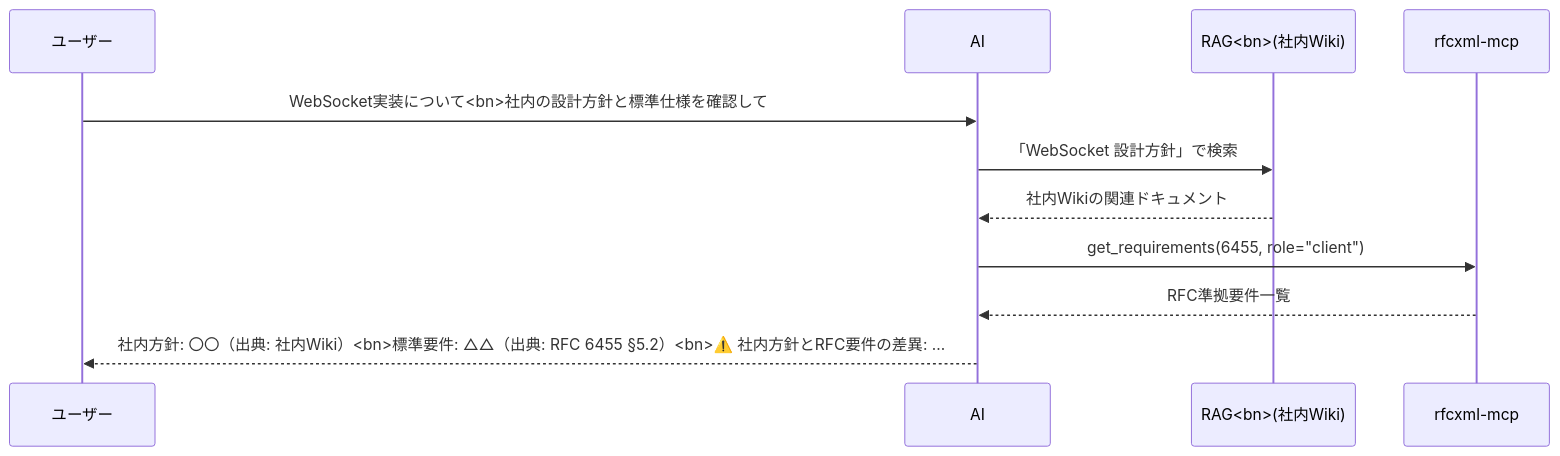
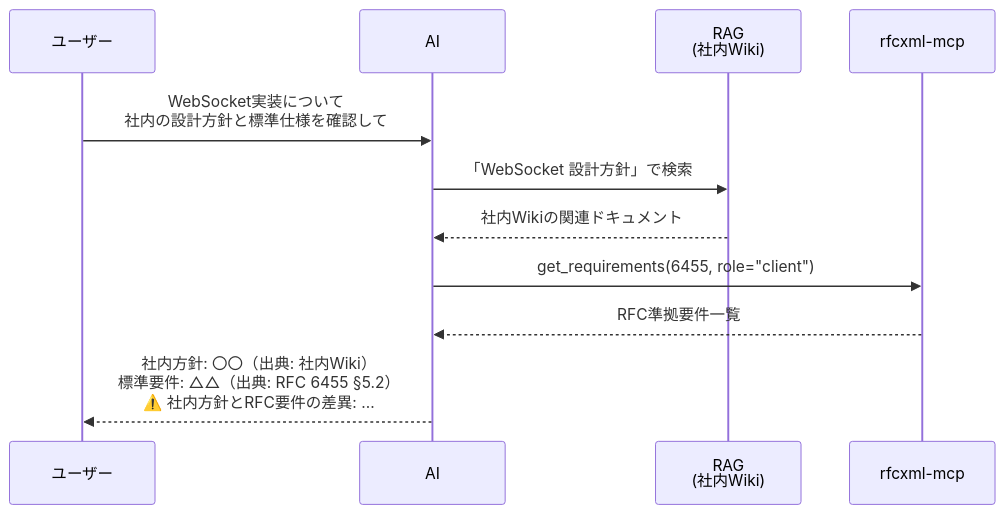
Before and after one commit to shuji-bonji/ai-agent-architecture: diagram 12 of 13 in docs/ja/concepts/04-ai-design-patterns.md, drawn with Mermaid. The commit also changed other lines of this file and 8 other files, not shown here.

````diff
--- a/docs/ja/concepts/04-ai-design-patterns.md
+++ b/docs/ja/concepts/04-ai-design-patterns.md
@@ -671,17 +755,17 @@
 ```mermaid
 sequenceDiagram
     participant U as ユーザー
     participant AI as AI
-    participant RAG as RAG<bn>(社内Wiki)
+    participant RAG as RAG<br>(社内Wiki)
     participant MCP as rfcxml-mcp
 
-    U->>AI: WebSocket実装について<bn>社内の設計方針と標準仕様を確認して
+    U->>AI: WebSocket実装について<br>社内の設計方針と標準仕様を確認して
 
     AI->>RAG: 「WebSocket 設計方針」で検索
     RAG-->>AI: 社内Wikiの関連ドキュメント
 
     AI->>MCP: get_requirements(6455, role="client")
     MCP-->>AI: RFC準拠要件一覧
 
-    AI-->>U: 社内方針: 〇〇（出典: 社内Wiki）<bn>標準要件: △△（出典: RFC 6455 §5.2）<bn>⚠️ 社内方針とRFC要件の差異: ...
+    AI-->>U: 社内方針: 〇〇（出典: 社内Wiki）<br>標準要件: △△（出典: RFC 6455 §5.2）<br>⚠️ 社内方針とRFC要件の差異: ...
 ```
````
